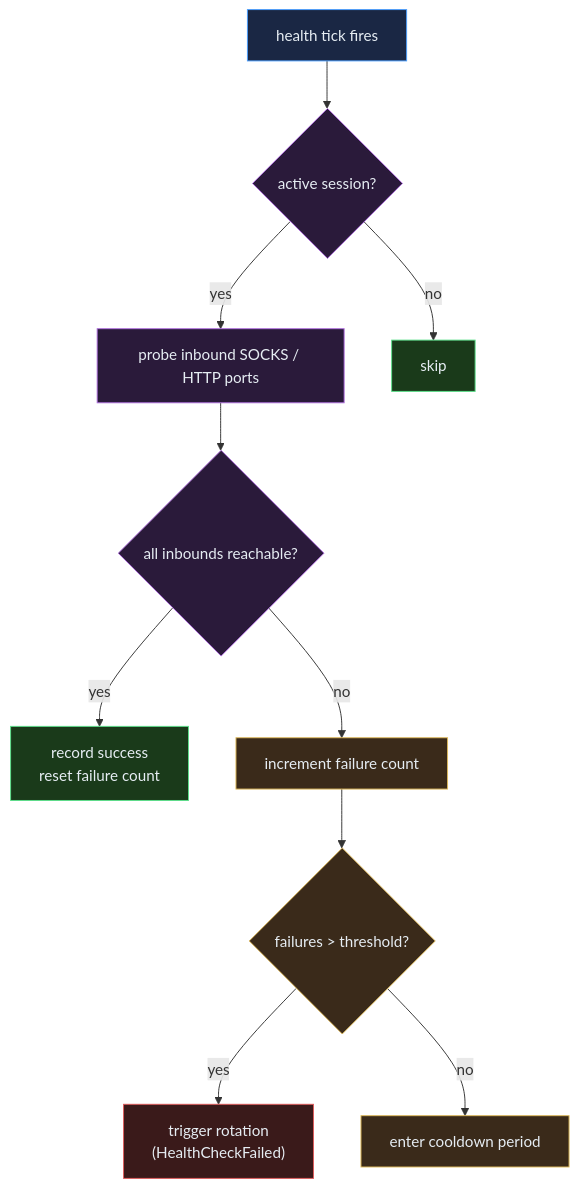
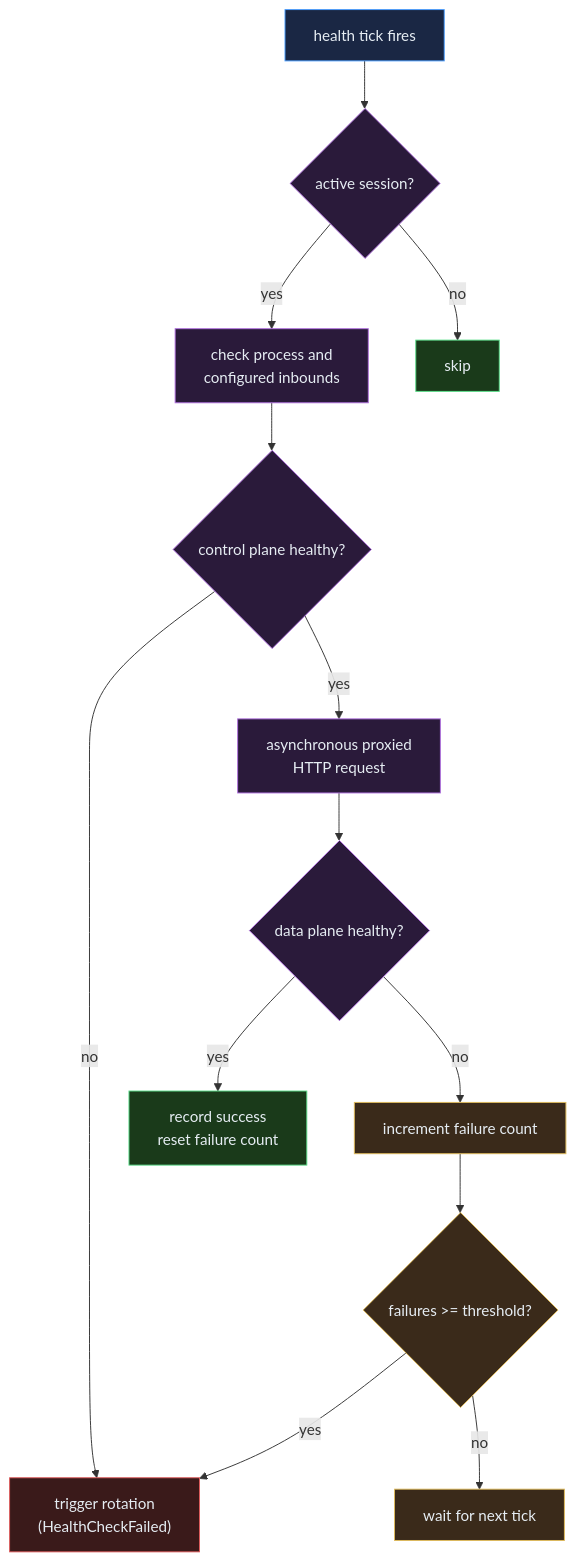
One commit to mhyrzt/xrat changed the sixth of 7 diagrams in docs/src/06-architecture/daemon-architecture.md. Above: the diagram before and after it, drawn with Mermaid. The commit also changed other lines of this file and 43 other files, not shown here.

````diff
--- a/docs/src/06-architecture/daemon-architecture.md
+++ b/docs/src/06-architecture/daemon-architecture.md
@@ -171,28 +171,32 @@
 ```mermaid
 flowchart TD
     classDef tick    fill:#1a2744,stroke:#4a9eff,color:#e6edf3
     classDef check   fill:#2a1a3a,stroke:#b070df,color:#e6edf3
     classDef ok      fill:#1a3a1a,stroke:#5bdf8a,color:#e6edf3
     classDef warn    fill:#3a2a1a,stroke:#dfba5b,color:#e6edf3
     classDef fail    fill:#3a1a1a,stroke:#df5b5b,color:#e6edf3
 
     TICK["health tick fires"]:::tick
     CHECK{"active session?"}:::check
-    PROBE["probe inbound SOCKS / HTTP ports"]:::check
-    OPEN{"all inbounds reachable?"}:::check
+    CONTROL["check process and<br/>configured inbounds"]:::check
+    OPEN{"control plane healthy?"}:::check
+    PROBE["asynchronous proxied<br/>HTTP request"]:::check
+    DATA{"data plane healthy?"}:::check
     RECORD["record success<br/>reset failure count"]:::ok
     WAIT["skip"]:::ok
     INCR["increment failure count"]:::warn
-    THRESH{"failures > threshold?"}:::warn
+    THRESH{"failures >= threshold?"}:::warn
     TRIGGER["trigger rotation<br/>(HealthCheckFailed)"]:::fail
-    COOLDOWN["enter cooldown period"]:::warn
+    RETRY["wait for next tick"]:::warn
 
     TICK --> CHECK
-    CHECK -- "yes" --> PROBE
+    CHECK -- "yes" --> CONTROL
     CHECK -- "no"  --> WAIT
-    PROBE --> OPEN
-    OPEN  -- "yes" --> RECORD
-    OPEN  -- "no"  --> INCR --> THRESH
+    CONTROL --> OPEN
+    OPEN  -- "no" --> TRIGGER
+    OPEN  -- "yes" --> PROBE --> DATA
+    DATA -- "yes" --> RECORD
+    DATA -- "no"  --> INCR --> THRESH
     THRESH -- "yes" --> TRIGGER
-    THRESH -- "no"  --> COOLDOWN
+    THRESH -- "no"  --> RETRY
 ```
````
